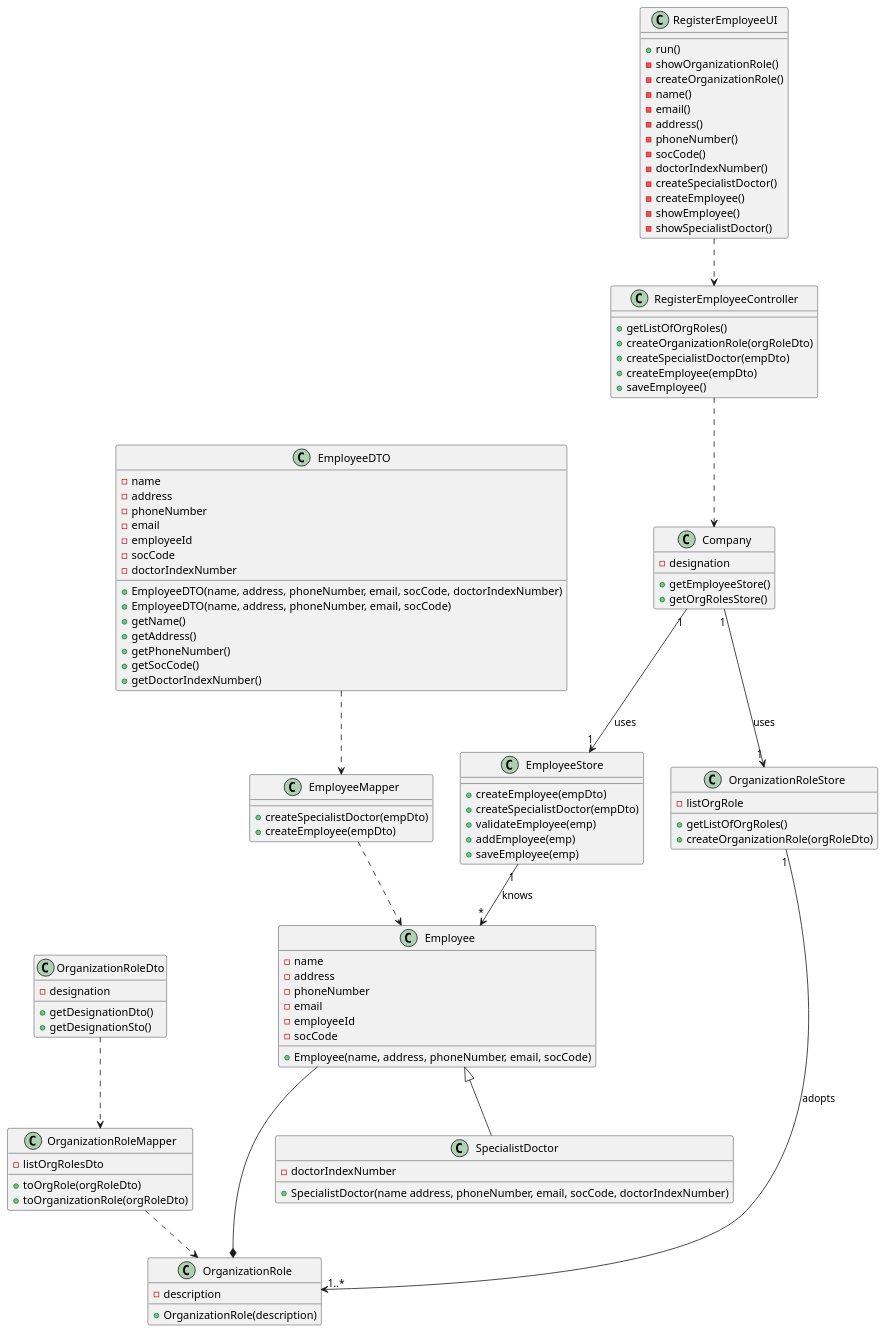
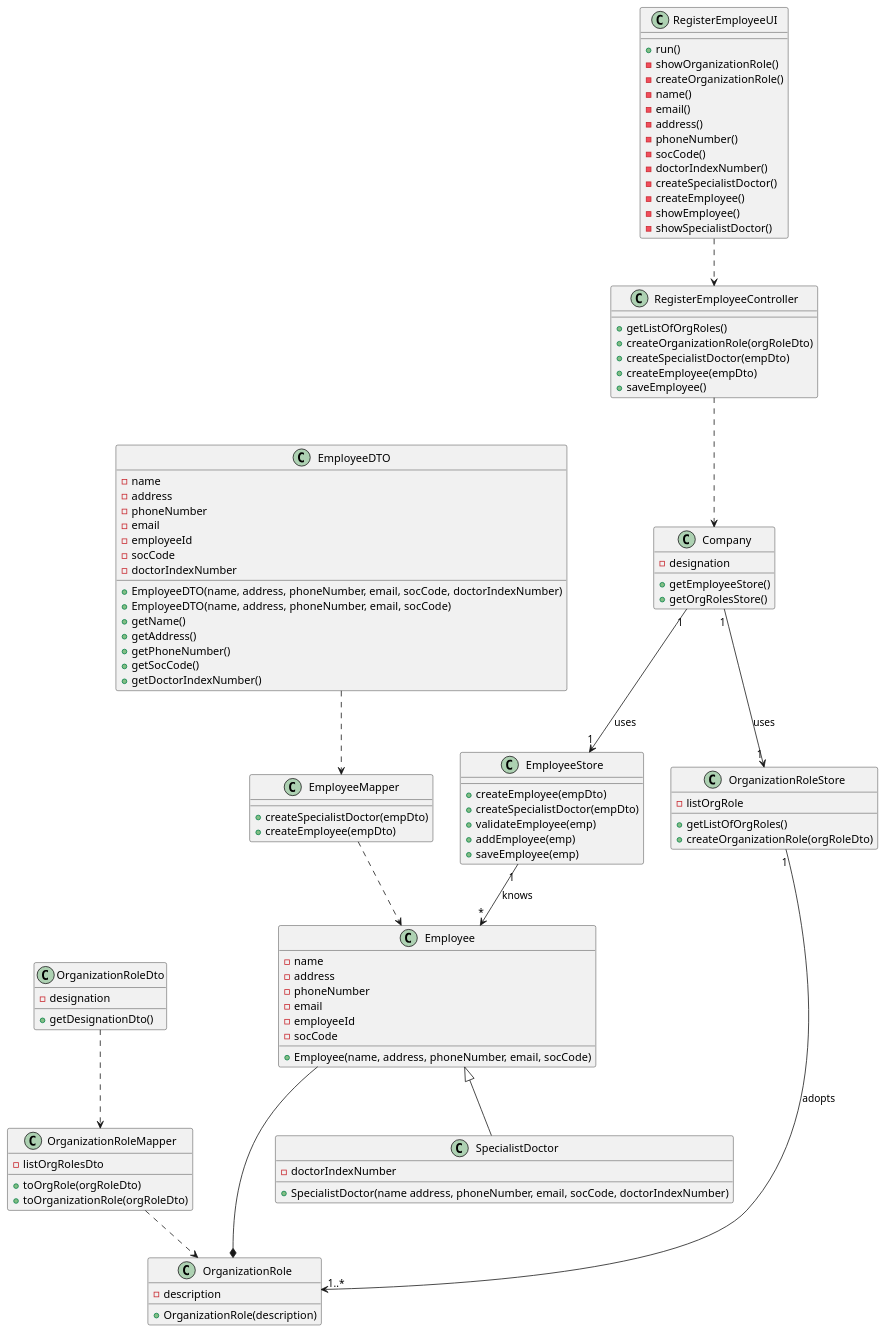
One commit to manu-07-ela/LAPR2_ISEP changed the diagram in docs/SprintC/SprintB/US07/US07-CD.puml. Above: the diagram before and after it, drawn with PlantUML. The commit also changed 4 other files, not shown here.

```diff
--- a/docs/SprintC/SprintB/US07/US07-CD.puml
+++ b/docs/SprintC/SprintB/US07/US07-CD.puml
@@ -1,144 +1,140 @@
 @startuml
 'https://plantuml.com/class-diagram
 
 class Company
 class Employee
 class EmployeeStore
 class RegisterEmployeeUI
 class RegisterEmployeeController
 class OrganizationRole
 class SpecialistDoctor
 class OrganizationRoleMapper
 class EmployeeDTO
 class EmployeeMapper
 class OrganizationRoleStore
 class EmployeeDTO
 class EmployeeMapper
 
 
 class Company{
 -designation
 +getEmployeeStore()
 +getOrgRolesStore()
 
 }
 
 class Employee{
 -name
 -address
 -phoneNumber
 -email
 -employeeId
 -socCode
 +Employee(name, address, phoneNumber, email, socCode)
 
 }
 class SpecialistDoctor{
 -doctorIndexNumber
 +SpecialistDoctor(name address, phoneNumber, email, socCode, doctorIndexNumber)
 
 }
 
 class OrganizationRole{
 -description
 +OrganizationRole(description)
 }
 
 
 
 class EmployeeStore{
 +createEmployee(empDto)
 +createSpecialistDoctor(empDto)
 +validateEmployee(emp)
 +addEmployee(emp)
 +saveEmployee(emp)
 }
 
 class RegisterEmployeeController{
 +getListOfOrgRoles()
 +createOrganizationRole(orgRoleDto)
 +createSpecialistDoctor(empDto)
 +createEmployee(empDto)
 +saveEmployee()
 
 }
 class EmployeeDTO{
 -name
 -address
 -phoneNumber
 -email
 -employeeId
 -socCode
 -doctorIndexNumber
 +EmployeeDTO(name, address, phoneNumber, email, socCode, doctorIndexNumber)
 +EmployeeDTO(name, address, phoneNumber, email, socCode)
 +getName()
 +getAddress()
 +getPhoneNumber()
 +getSocCode()
 +getDoctorIndexNumber()
 }
 
 class EmployeeMapper{
 +createSpecialistDoctor(empDto)
 +createEmployee(empDto)
 }
 
 
 
 
 class OrganizationRoleMapper{
 +toOrgRole(orgRoleDto)
 
 }
 
 class OrganizationRoleDto{
 -designation
 +getDesignationDto()
 }
-class OrganizationRoleDto{
-+getDesignationSto()
-
-}
 
 class OrganizationRoleMapper{
 -listOrgRolesDto
 +toOrganizationRole(orgRoleDto)
 }
 
 class OrganizationRoleStore{
 -listOrgRole
 +getListOfOrgRoles()
 +createOrganizationRole(orgRoleDto)
 }
 class RegisterEmployeeUI{
 +run()
 -showOrganizationRole()
 -createOrganizationRole()
 -name()
 -email()
 -address()
 -phoneNumber()
 -socCode()
 -doctorIndexNumber()
 -createSpecialistDoctor()
 -createEmployee()
 -showEmployee()
 -showSpecialistDoctor()
 
 
 }
 
 EmployeeMapper..>Employee
 EmployeeDTO..>EmployeeMapper
 Company "1"-->"1" EmployeeStore : uses
 Employee<|--SpecialistDoctor
 RegisterEmployeeController ..>Company
 Employee --* OrganizationRole
 RegisterEmployeeUI ..> RegisterEmployeeController
 EmployeeStore "1"-->"*" Employee  : knows
 Company "1"-->"1" OrganizationRoleStore : uses
 OrganizationRoleStore "1"---->"1..*" OrganizationRole : adopts
 OrganizationRoleMapper..>OrganizationRole
 OrganizationRoleDto..>OrganizationRoleMapper
 @enduml
```
